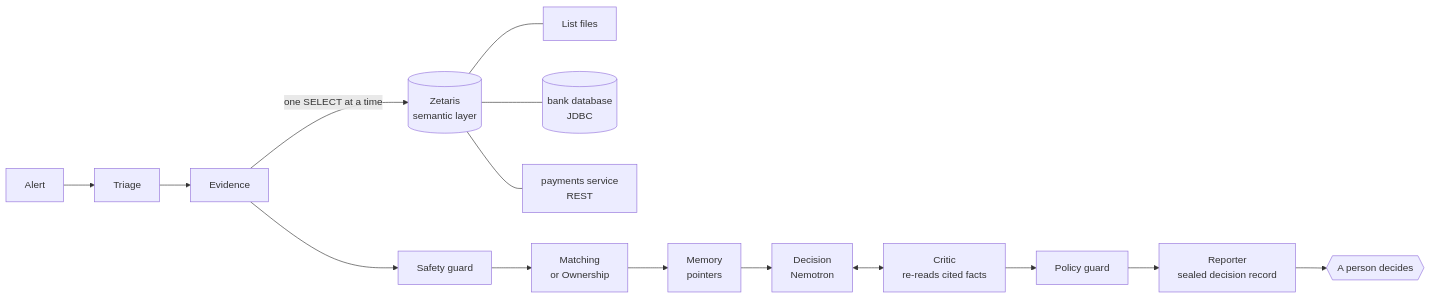
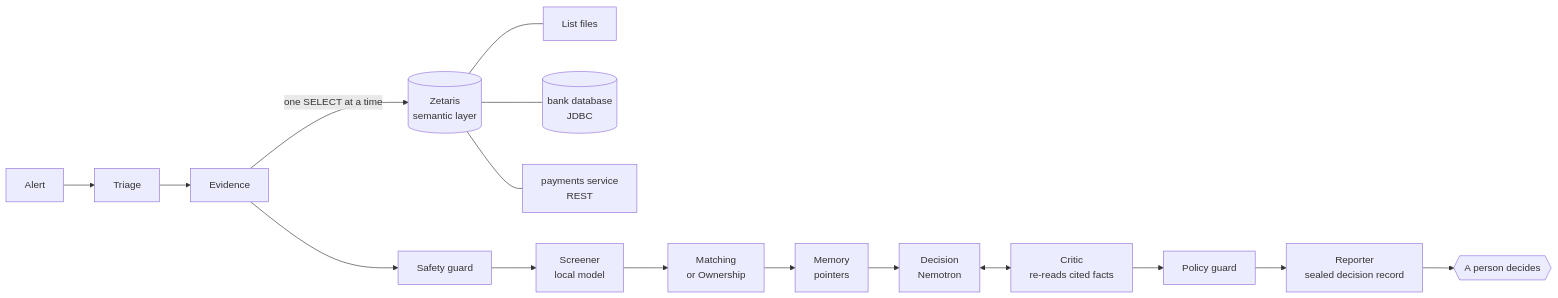
Before and after one commit to rahulmahadik/sanctions-desk: the diagram in README.md, drawn with Mermaid. The commit also changed other lines of this file and 29 other files, not shown here.

Commit message:
Add a local screener that reads free text and passes only structured facts to the cloud steps

````diff
--- a/README.md
+++ b/README.md
@@ -96,17 +96,18 @@
 ```mermaid
 flowchart LR
   A[Alert] --> T[Triage]
   T --> E[Evidence]
   E -->|one SELECT at a time| Z[(Zetaris<br/>semantic layer)]
   Z --- L[List files]
   Z --- B[(bank database<br/>JDBC)]
   Z --- P[payments service<br/>REST]
   E --> S[Safety guard]
-  S --> M[Matching<br/>or Ownership]
+  S --> F[Screener<br/>local model]
+  F --> M[Matching<br/>or Ownership]
   M --> Y[Memory<br/>pointers]
   Y --> D[Decision<br/>Nemotron]
   D <--> C[Critic<br/>re-reads cited facts]
   C --> G[Policy guard]
   G --> R[Reporter<br/>sealed decision record]
   R --> H{{A person decides}}
 ```
````
